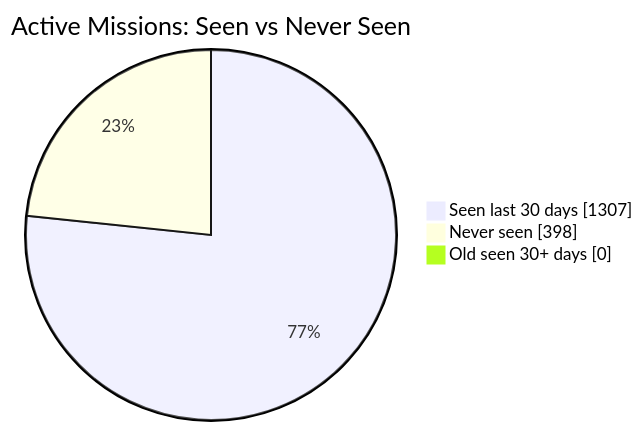
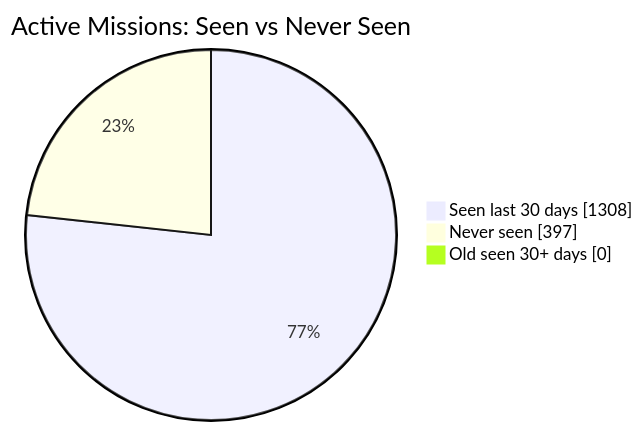
The diagram in README.md (MeldkamerspelGameTeam/active-missions), drawn with Mermaid before and after one commit. The commit also changed other lines of this file and 2 other files, not shown here.

````diff
--- a/README.md
+++ b/README.md
@@ -34,7 +34,7 @@
 ```mermaid
 pie showData
     title Active Missions: Seen vs Never Seen
-    "Seen last 30 days" : 1307
-    "Never seen" : 398
+    "Seen last 30 days" : 1308
+    "Never seen" : 397
     "Old seen 30+ days" : 0
 ```
````
